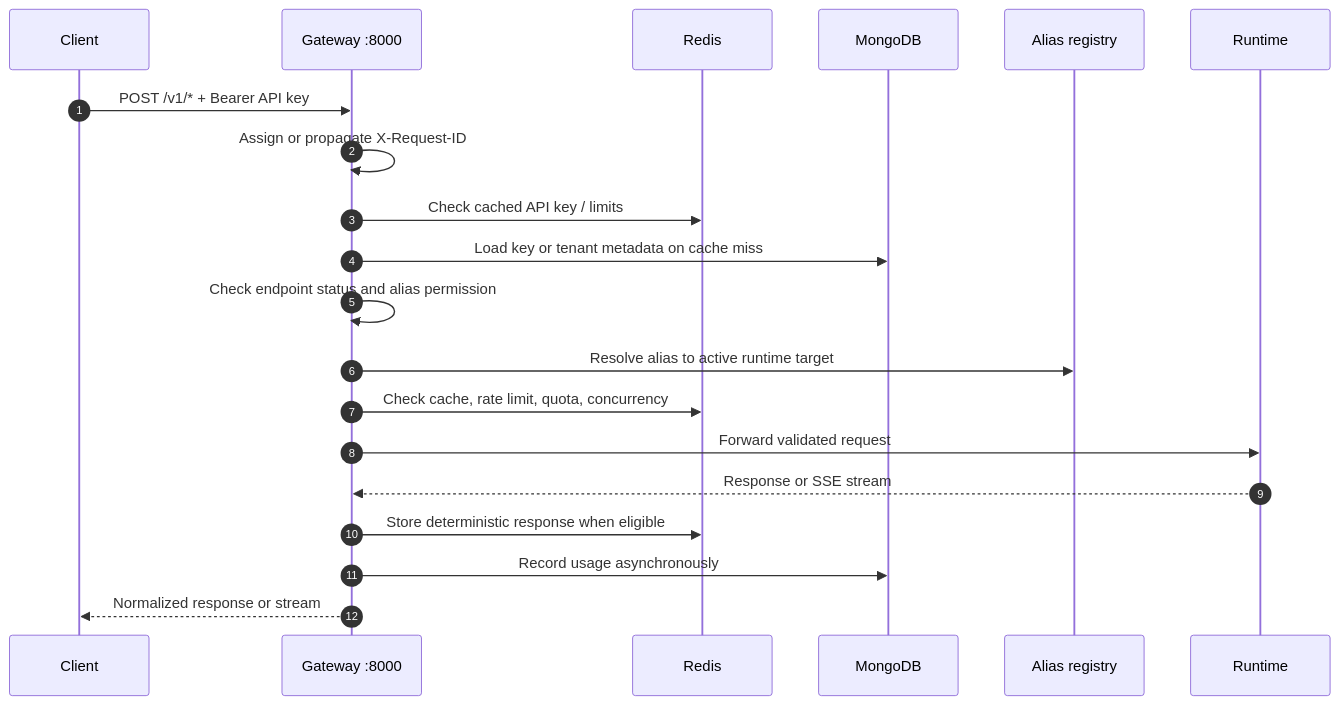
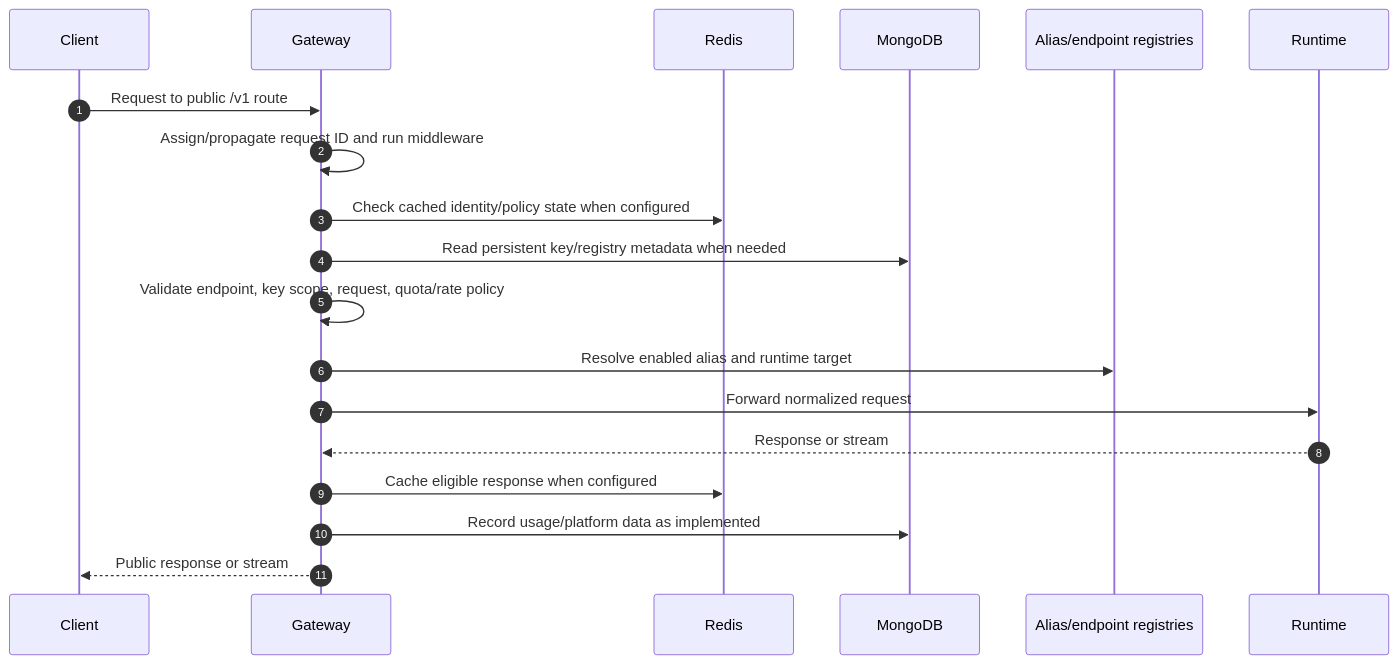
The second of 3 diagrams in architecture.md (namle682004-coder/ai_platform), drawn with Mermaid before and after one commit. The commit also changed other lines of this file and 20 other files, not shown here.

Commit message:
fix(ci): preserve 7-model catalog, add alias synonyms, and fix ocr text key

````diff
--- a/architecture.md
+++ b/architecture.md
@@ -178,23 +196,22 @@
 ```mermaid
 sequenceDiagram
     autonumber
     participant C as Client
-    participant G as Gateway :8000
+    participant G as Gateway
     participant R as Redis
     participant M as MongoDB
-    participant A as Alias registry
+    participant A as Alias/endpoint registries
     participant RT as Runtime
 
-    C->>G: POST /v1/* + Bearer API key
-    G->>G: Assign or propagate X-Request-ID
-    G->>R: Check cached API key / limits
-    G->>M: Load key or tenant metadata on cache miss
-    G->>G: Check endpoint status and alias permission
-    G->>A: Resolve alias to active runtime target
-    G->>R: Check cache, rate limit, quota, concurrency
-    G->>RT: Forward validated request
-    RT-->>G: Response or SSE stream
-    G->>R: Store deterministic response when eligible
-    G->>M: Record usage asynchronously
-    G-->>C: Normalized response or stream
+    C->>G: Request to public /v1 route
+    G->>G: Assign/propagate request ID and run middleware
+    G->>R: Check cached identity/policy state when configured
+    G->>M: Read persistent key/registry metadata when needed
+    G->>G: Validate endpoint, key scope, request, quota/rate policy
+    G->>A: Resolve enabled alias and runtime target
+    G->>RT: Forward normalized request
+    RT-->>G: Response or stream
+    G->>R: Cache eligible response when configured
+    G->>M: Record usage/platform data as implemented
+    G-->>C: Public response or stream
 ```
````
